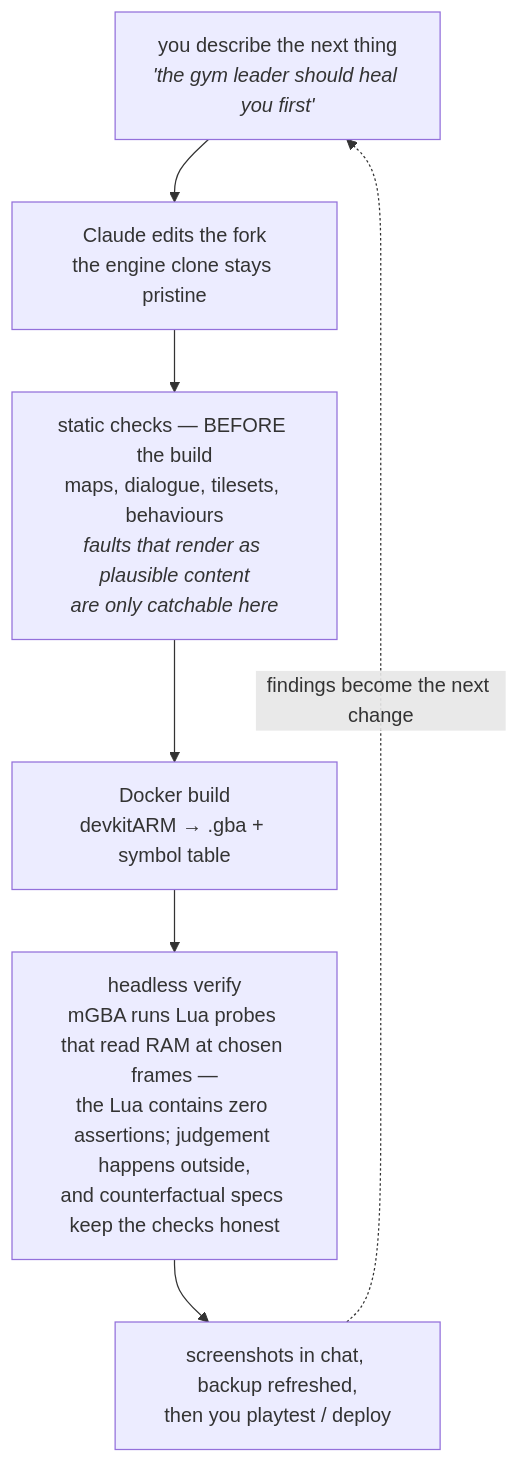
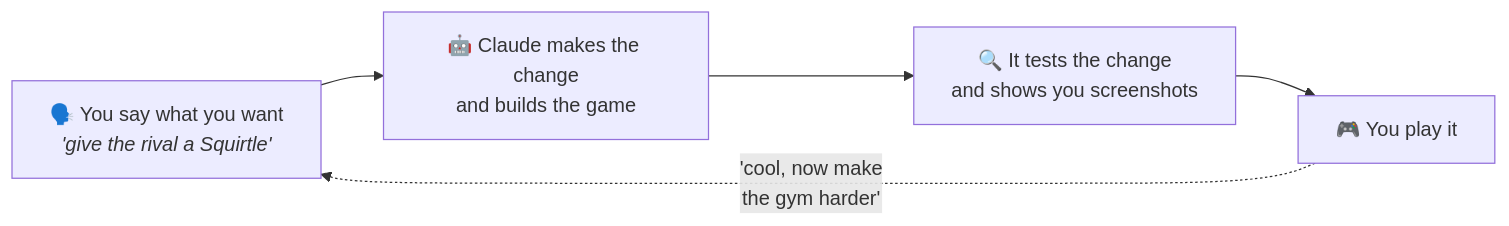
Before and after one commit to scotbearss/poryrom: the diagram in README.md, drawn with Mermaid. The commit also changed other lines of this file and 1 other file, not shown here.

````diff
--- a/README.md
+++ b/README.md
@@ -60,12 +19,10 @@
 ```mermaid
-flowchart TB
-    A["you describe the next thing<br/><i>'the gym leader should heal you first'</i>"]
-    B["Claude edits the fork<br/>the engine clone stays pristine"]
-    C["static checks — BEFORE the build<br/>maps, dialogue, tilesets, behaviours<br/><i>faults that render as plausible content<br/>are only catchable here</i>"]
-    D["Docker build<br/>devkitARM → .gba + symbol table"]
-    E["headless verify<br/>mGBA runs Lua probes that read RAM at chosen frames —<br/>the Lua contains zero assertions; judgement happens outside,<br/>and counterfactual specs keep the checks honest"]
-    F["screenshots in chat, backup refreshed,<br/>then you playtest / deploy"]
+flowchart LR
+    you["🗣️ You say what you want<br/><i>'give the rival a Squirtle'</i>"]
+    claude["🤖 Claude makes the change<br/>and builds the game"]
+    prove["🔍 It tests the change<br/>and shows you screenshots"]
+    play["🎮 You play it"]
 
-    A --> B --> C --> D --> E --> F
-    F -.->|"findings become the next change"| A
+    you --> claude --> prove --> play
+    play -.->|"'cool, now make<br/>the gym harder'"| you
 ```
````
